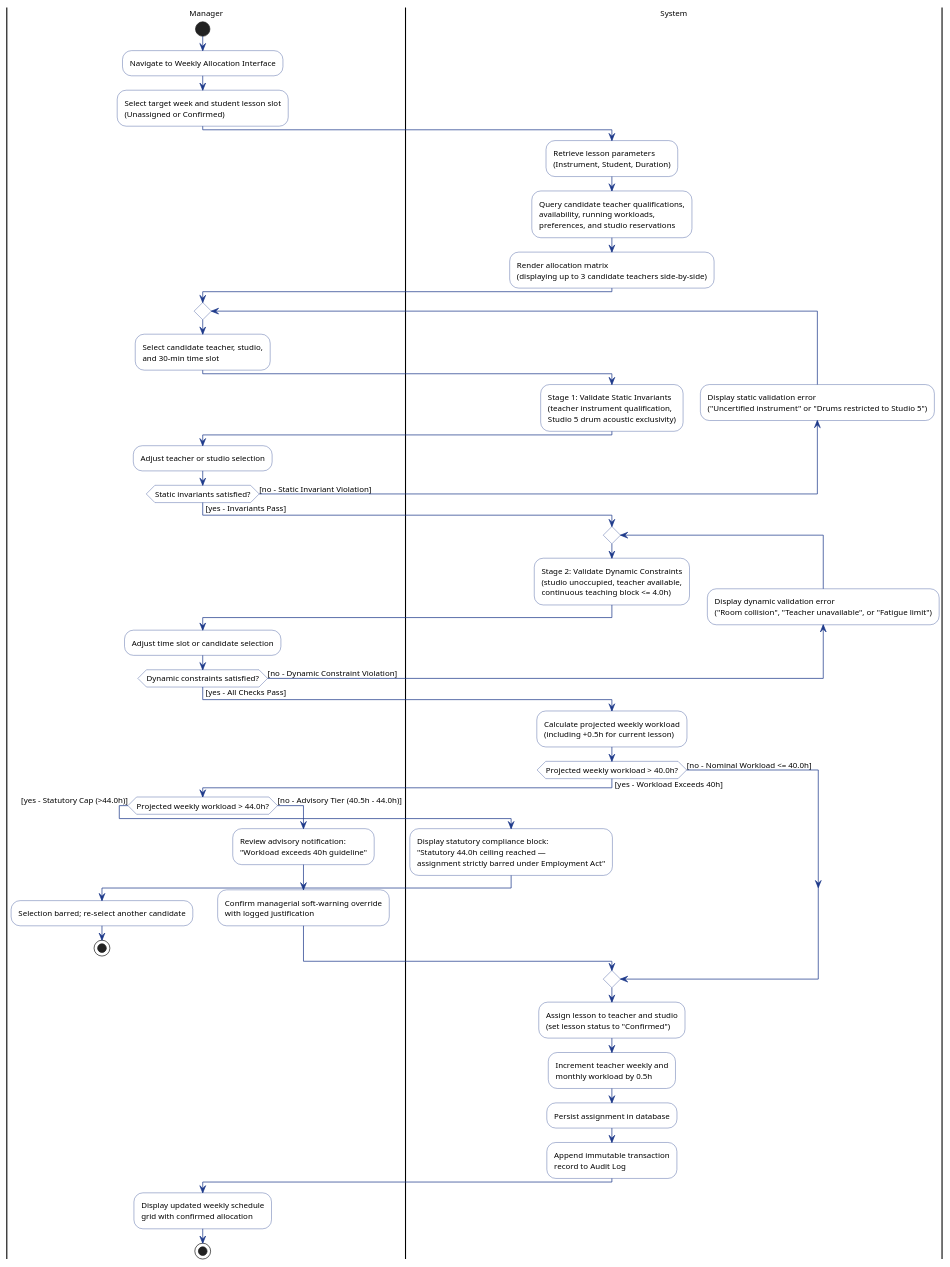
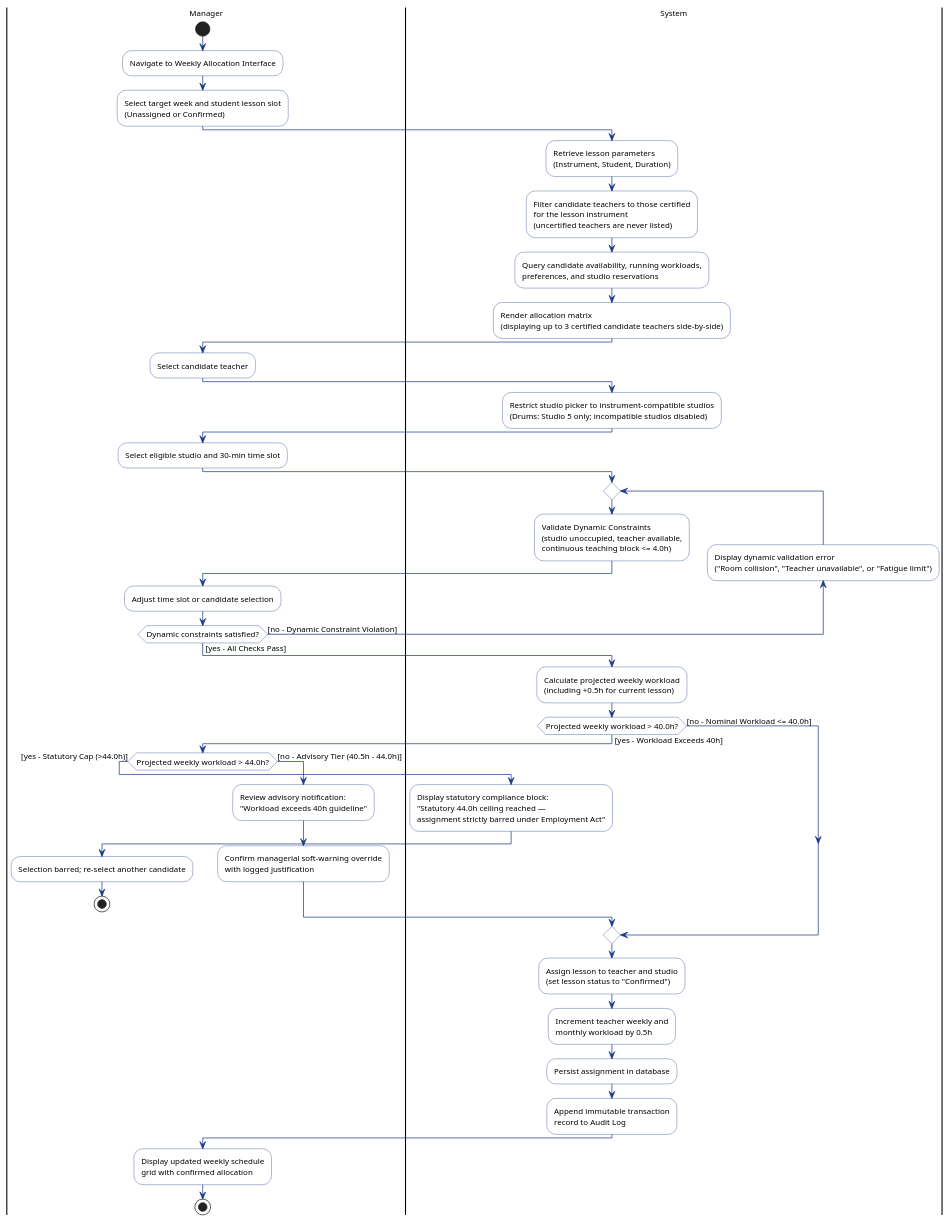
Before and after one commit to adoreblvnk/2001temp: the diagram in report/assets/activity_allocation.puml, drawn with PlantUML. The commit also changed 11 other files, not shown here.

First line of the commit message:
fix(use-cases): convert static invariants to preconditions and remove invalid alternative scenarios

```diff
--- a/report/assets/activity_allocation.puml
+++ b/report/assets/activity_allocation.puml
@@ -1,90 +1,89 @@
 @startuml activity_allocation
 skinparam defaultFontName "Helvetica", "Arial", sans-serif
 skinparam defaultFontSize 11
 skinparam ranksep 40
 skinparam nodesep 30
 skinparam activity {
     BackgroundColor #FFFFFF
     BorderColor #1E3A8A
     ArrowColor #1E3A8A
     DiamondBorderColor #1E3A8A
     DiamondBackgroundColor #FFFFFF
 }
 
 |Manager|
 start
 :Navigate to Weekly Allocation Interface;
 :Select target week and student lesson slot
 (Unassigned or Confirmed);
 
 |System|
 :Retrieve lesson parameters
 (Instrument, Student, Duration);
-:Query candidate teacher qualifications,
-availability, running workloads,
+
+:Filter candidate teachers to those certified
+for the lesson instrument
+(uncertified teachers are never listed);
+:Query candidate availability, running workloads,
 preferences, and studio reservations;
 :Render allocation matrix
-(displaying up to 3 candidate teachers side-by-side);
+(displaying up to 3 certified candidate teachers side-by-side);
 
 |Manager|
-repeat
-    :Select candidate teacher, studio,
-    and 30-min time slot;
-    |System|
-    :Stage 1: Validate Static Invariants
-    (teacher instrument qualification,
-    Studio 5 drum acoustic exclusivity);
-    backward:Display static validation error
-    ("Uncertified instrument" or "Drums restricted to Studio 5");
-    |Manager|
-    :Adjust teacher or studio selection;
-repeat while (Static invariants satisfied?) is ([no - Static Invariant Violation]) not ([yes - Invariants Pass])
+:Select candidate teacher;
+
+|System|
+:Restrict studio picker to instrument-compatible studios
+(Drums: Studio 5 only; incompatible studios disabled);
+
+|Manager|
+:Select eligible studio and 30-min time slot;
 
 |System|
 repeat
-    :Stage 2: Validate Dynamic Constraints
+    :Validate Dynamic Constraints
     (studio unoccupied, teacher available,
     continuous teaching block <= 4.0h);
     backward:Display dynamic validation error
     ("Room collision", "Teacher unavailable", or "Fatigue limit");
     |Manager|
     :Adjust time slot or candidate selection;
 repeat while (Dynamic constraints satisfied?) is ([no - Dynamic Constraint Violation]) not ([yes - All Checks Pass])
 
 |System|
 :Calculate projected weekly workload
 (including +0.5h for current lesson);
 
 if (Projected weekly workload > 40.0h?) then ([yes - Workload Exceeds 40h])
     |Manager|
     if (Projected weekly workload > 44.0h?) then ([yes - Statutory Cap (>44.0h)])
         |System|
         :Display statutory compliance block:
         "Statutory 44.0h ceiling reached —
         assignment strictly barred under Employment Act";
         |Manager|
         :Selection barred; re-select another candidate;
         stop
     else ([no - Advisory Tier (40.5h - 44.0h)])
         :Review advisory notification:
         "Workload exceeds 40h guideline";
         :Confirm managerial soft-warning override
         with logged justification;
     endif
 else ([no - Nominal Workload <= 40.0h])
 endif
 
 |System|
 :Assign lesson to teacher and studio
 (set lesson status to "Confirmed");
 :Increment teacher weekly and
 monthly workload by 0.5h;
 :Persist assignment in database;
 :Append immutable transaction
 record to Audit Log;
 
 |Manager|
 :Display updated weekly schedule
 grid with confirmed allocation;
 stop
 @enduml
```
